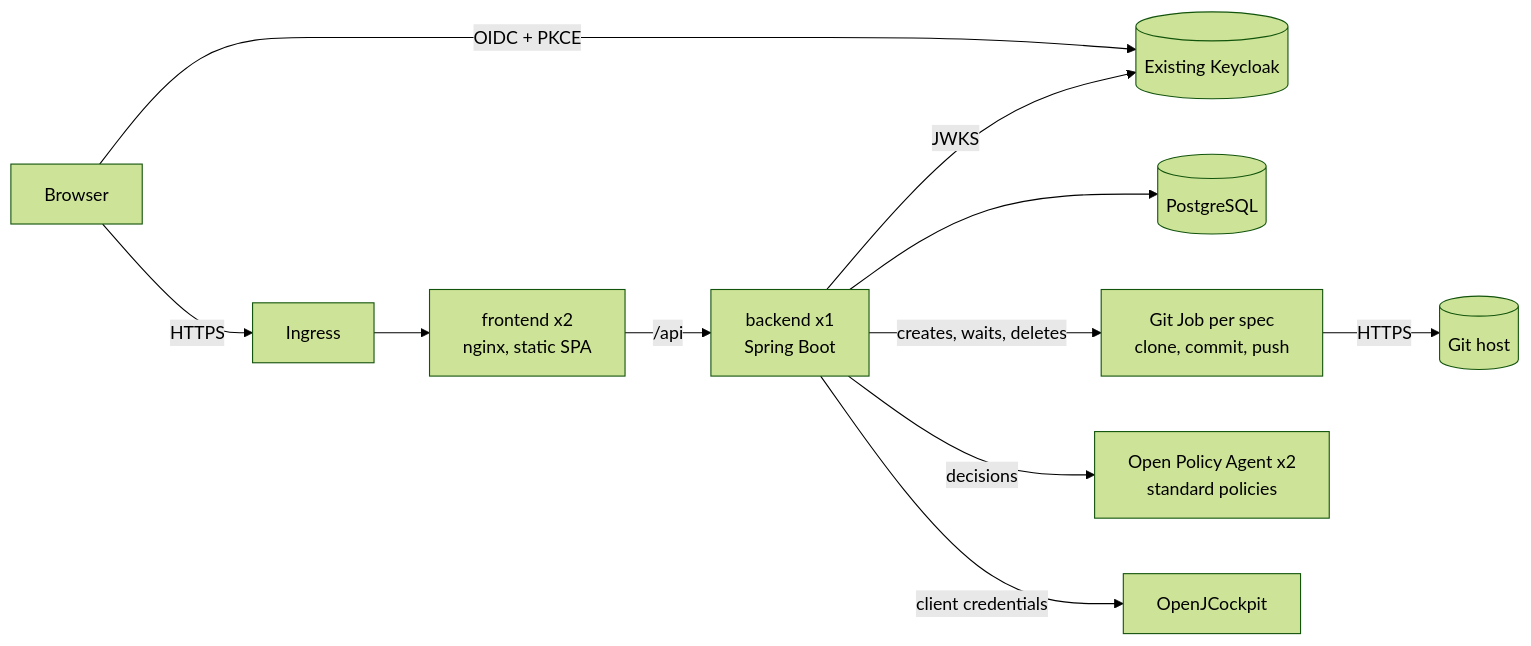
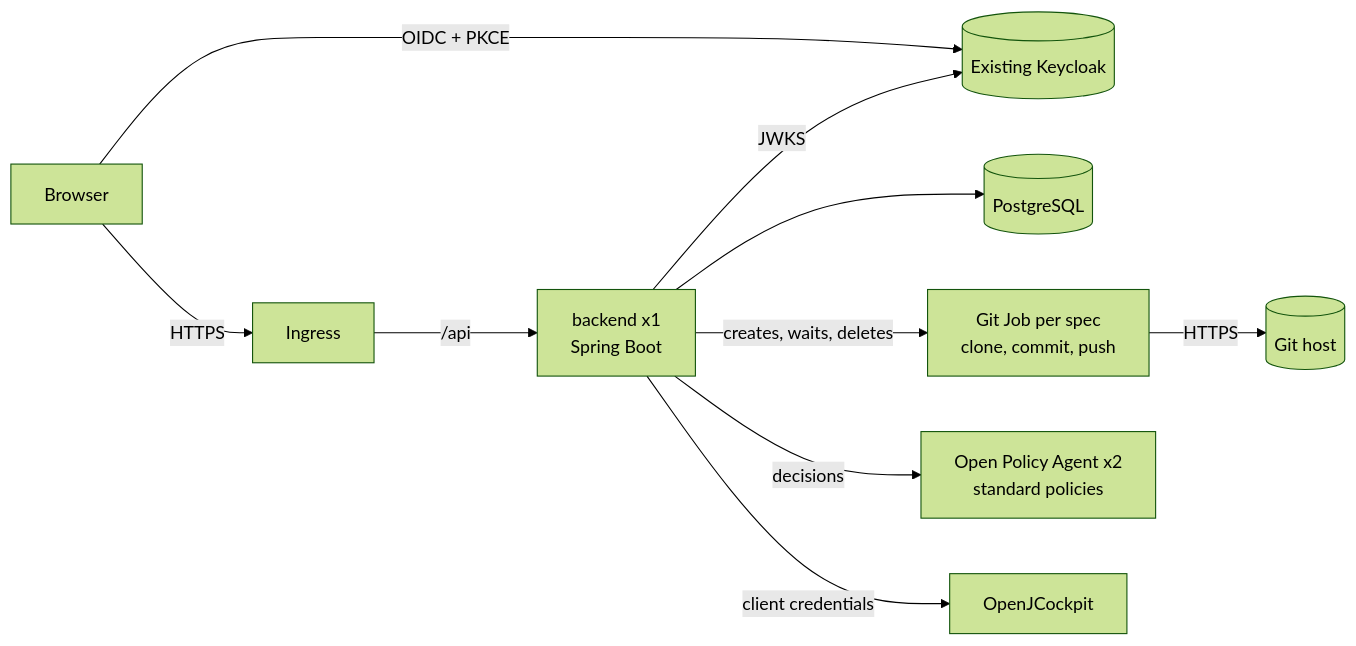
The diagram in docs/KUBERNETES.md (OpenJCockpit/OpenJControlTower), drawn with Mermaid (forest theme) before and after one commit. The commit also changed other lines of this file and 55 other files, not shown here.

````diff
--- a/docs/KUBERNETES.md
+++ b/docs/KUBERNETES.md
@@ -7,13 +7,12 @@
 ```mermaid
 flowchart LR
   U[Browser] -->|HTTPS| I[Ingress]
   U -->|OIDC + PKCE| K[(Existing Keycloak)]
-  I --> F[frontend x2<br/>nginx, static SPA]
-  F -->|/api| B[backend x1<br/>Spring Boot]
+  I -->|/api| B[backend x1<br/>Spring Boot]
   B --> P[(PostgreSQL)]
   B -->|creates, waits, deletes| J[Git Job per spec<br/>clone, commit, push]
   J -->|HTTPS| G[(Git host)]
   B -->|JWKS| K
   B -->|decisions| O[Open Policy Agent x2<br/>standard policies]
   B -->|client credentials| C[OpenJCockpit]
 ```
````
